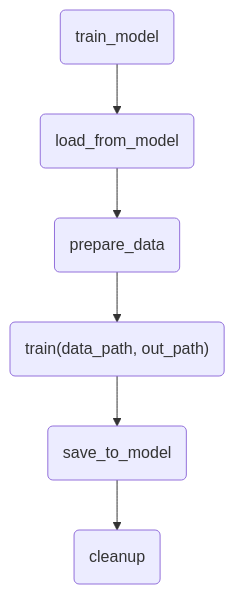
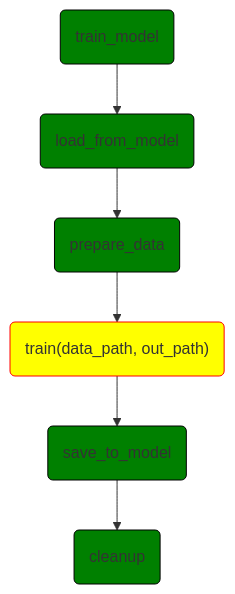
Before and after one commit to dataloop-ai/dtlpy-documentation: the fourth of 5 diagrams in tutorials/model_management/advance/model_adapter_flows/chapter.md, drawn with Mermaid. The commit also changed other lines of this file and 1 other file, not shown here.

Commit message:
Adding remaining doc flows

````diff
--- a/tutorials/model_management/advance/model_adapter_flows/chapter.md
+++ b/tutorials/model_management/advance/model_adapter_flows/chapter.md
@@ -78,11 +97,18 @@
 ```mermaid
 flowchart TD
     id1(train_model)-->
     id2(load_from_model)-->
     id3(prepare_data)-->
     id4("train(data_path, out_path)")-->
     id5(save_to_model)-->
     id6(cleanup)
+    style id1 fill:green, stroke: black
+    style id2 fill:green, stroke: black
+    style id3 fill:green, stroke: black
+    style id4 fill:yellow, stroke: red
+    style id5 fill:green, stroke: black
+    style id6 fill:green, stroke: black
     click id2 "./#load_from_model"
-
+    click id4 "./#train"
+    click id5 "./$save_to_model"
 ```
````
